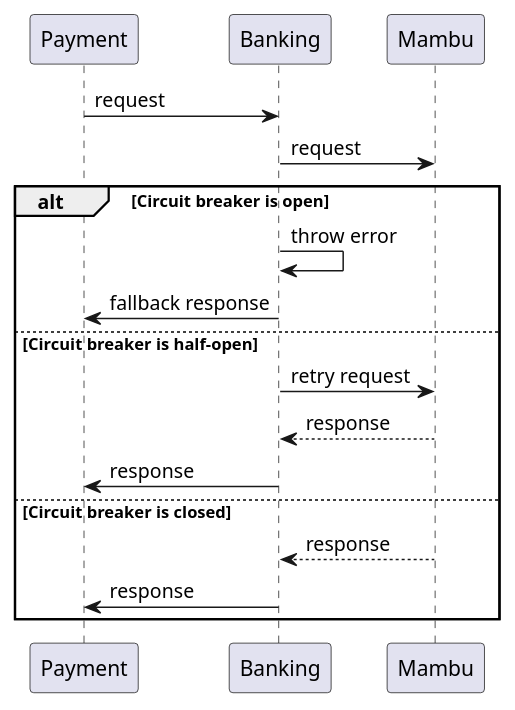
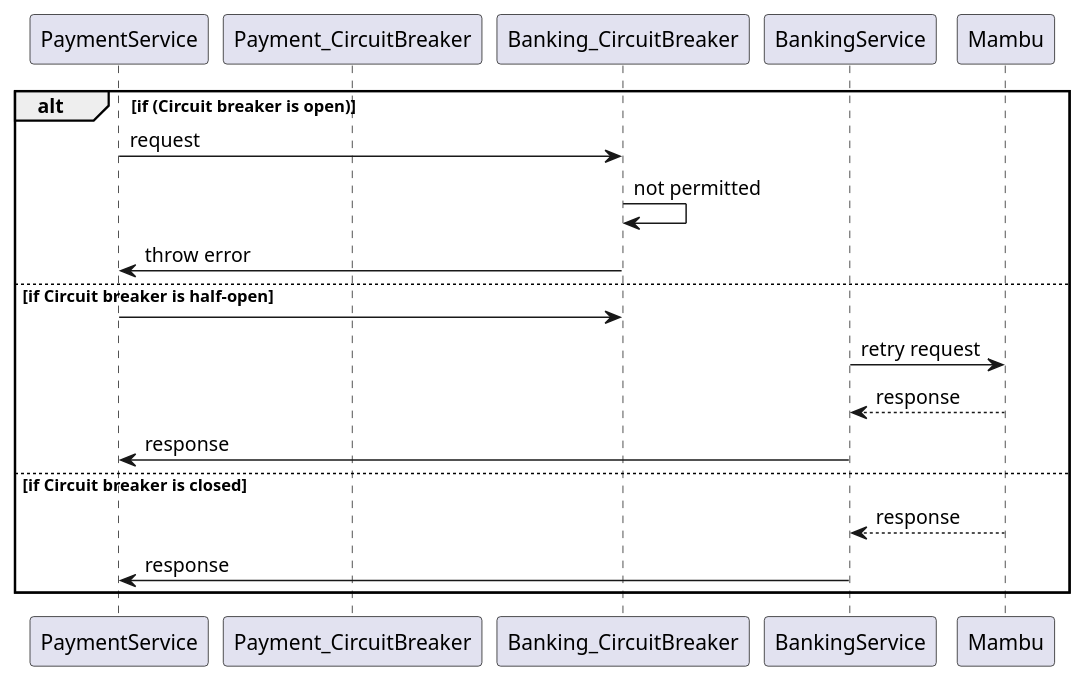
Before and after one commit to singaraju-sreedhar/FailureHandling: the diagram in Retry-timeout-cb/externalservices.mambu/src/main/resources/newfile.puml, drawn with PlantUML. The commit also changed 9 other files, not shown here.

```diff
--- a/Retry-timeout-cb/externalservices.mambu/src/main/resources/newfile.puml
+++ b/Retry-timeout-cb/externalservices.mambu/src/main/resources/newfile.puml
@@ -1,20 +1,21 @@
 @startuml
-participant Payment
-participant Banking
+participant PaymentService
+participant Payment_CircuitBreaker
+participant Banking_CircuitBreaker
+participant BankingService
 participant Mambu
 
-Payment -> Banking: request
-Banking -> Mambu: request
-
-alt Circuit breaker is open
-    Banking -> Banking: throw error
-    Banking -> Payment: fallback response
-else Circuit breaker is half-open
-    Banking -> Mambu: retry request
-    Mambu --> Banking: response
-    Banking -> Payment: response
-else Circuit breaker is closed
-    Mambu --> Banking: response
-    Banking -> Payment: response
+alt if (Circuit breaker is open)
+    PaymentService -> Banking_CircuitBreaker: request
+    Banking_CircuitBreaker -> Banking_CircuitBreaker: not permitted
+    Banking_CircuitBreaker -> PaymentService: throw error
+else if Circuit breaker is half-open
+    PaymentService -> Banking_CircuitBreaker
+    BankingService -> Mambu: retry request
+    Mambu --> BankingService: response
+    BankingService -> PaymentService: response
+else if Circuit breaker is closed
+    Mambu --> BankingService: response
+    BankingService -> PaymentService: response
 end
 @enduml
```
